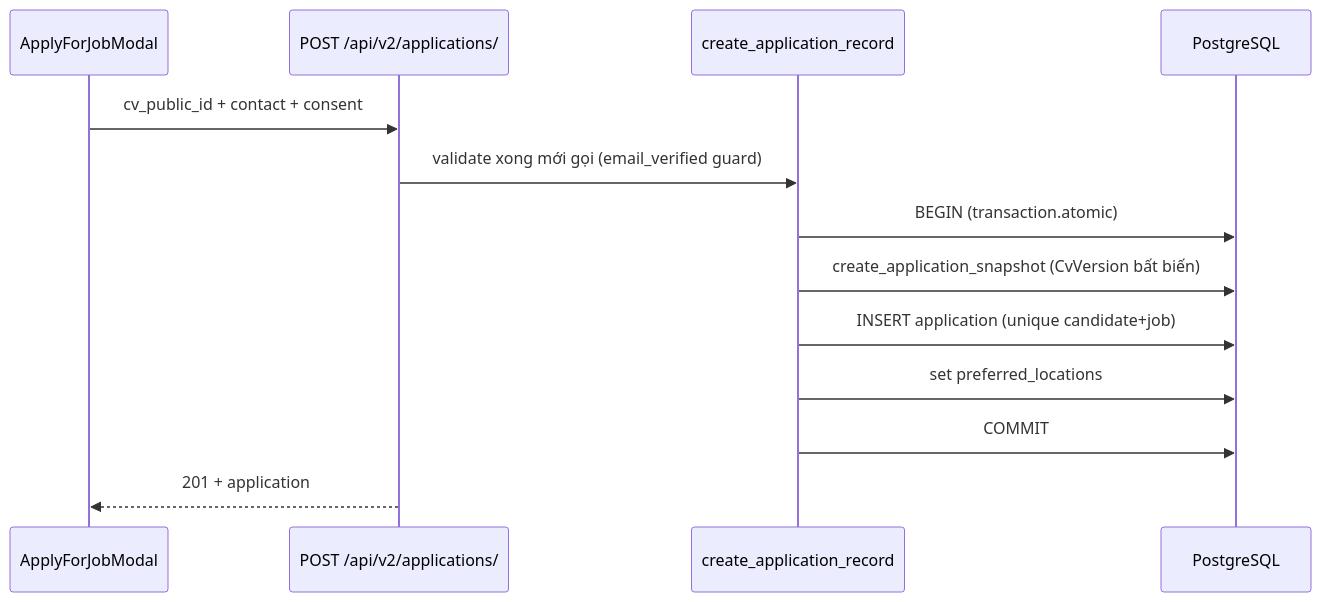
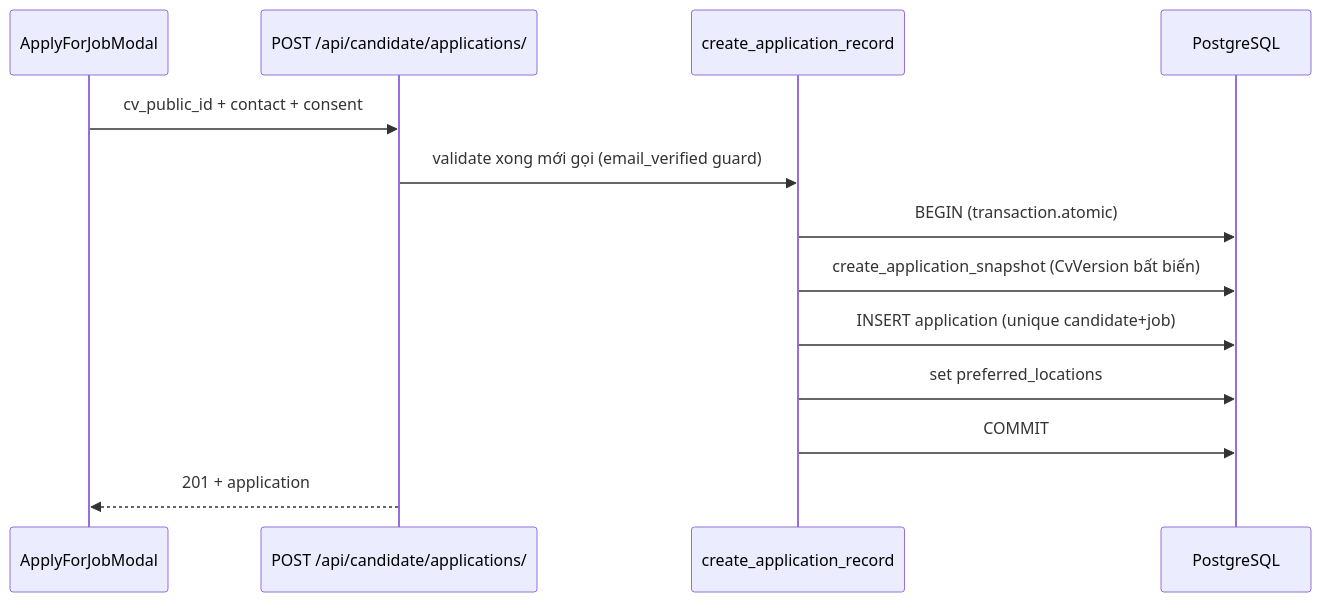
Before and after one commit to VanhauDAU/ai-recruitment-platform: the diagram in docs/02-tong-quan/flow-audit-2026-07.md, drawn with Mermaid. The commit also changed other lines of this file and 179 other files, not shown here.

````diff
--- a/docs/02-tong-quan/flow-audit-2026-07.md
+++ b/docs/02-tong-quan/flow-audit-2026-07.md
@@ -9,16 +9,16 @@
 ```mermaid
 sequenceDiagram
     participant FE as ApplyForJobModal
-    participant API as POST /api/v2/applications/
+    participant API as POST /api/candidate/applications/
     participant SVC as create_application_record
     participant DB as PostgreSQL
 
     FE->>API: cv_public_id + contact + consent
     API->>SVC: validate xong mới gọi (email_verified guard)
     SVC->>DB: BEGIN (transaction.atomic)
     SVC->>DB: create_application_snapshot (CvVersion bất biến)
     SVC->>DB: INSERT application (unique candidate+job)
     SVC->>DB: set preferred_locations
     SVC->>DB: COMMIT
     API-->>FE: 201 + application
 ```
````
